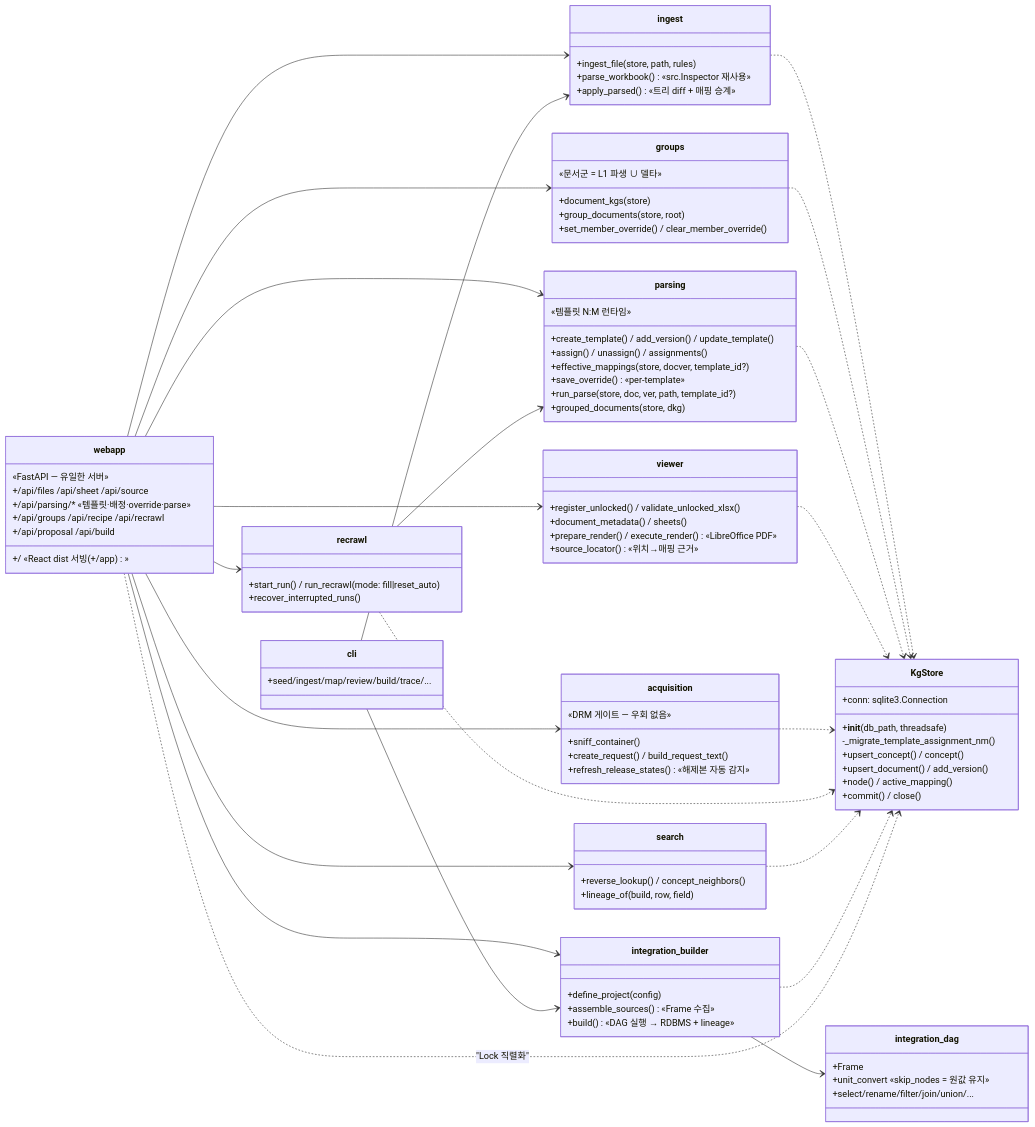
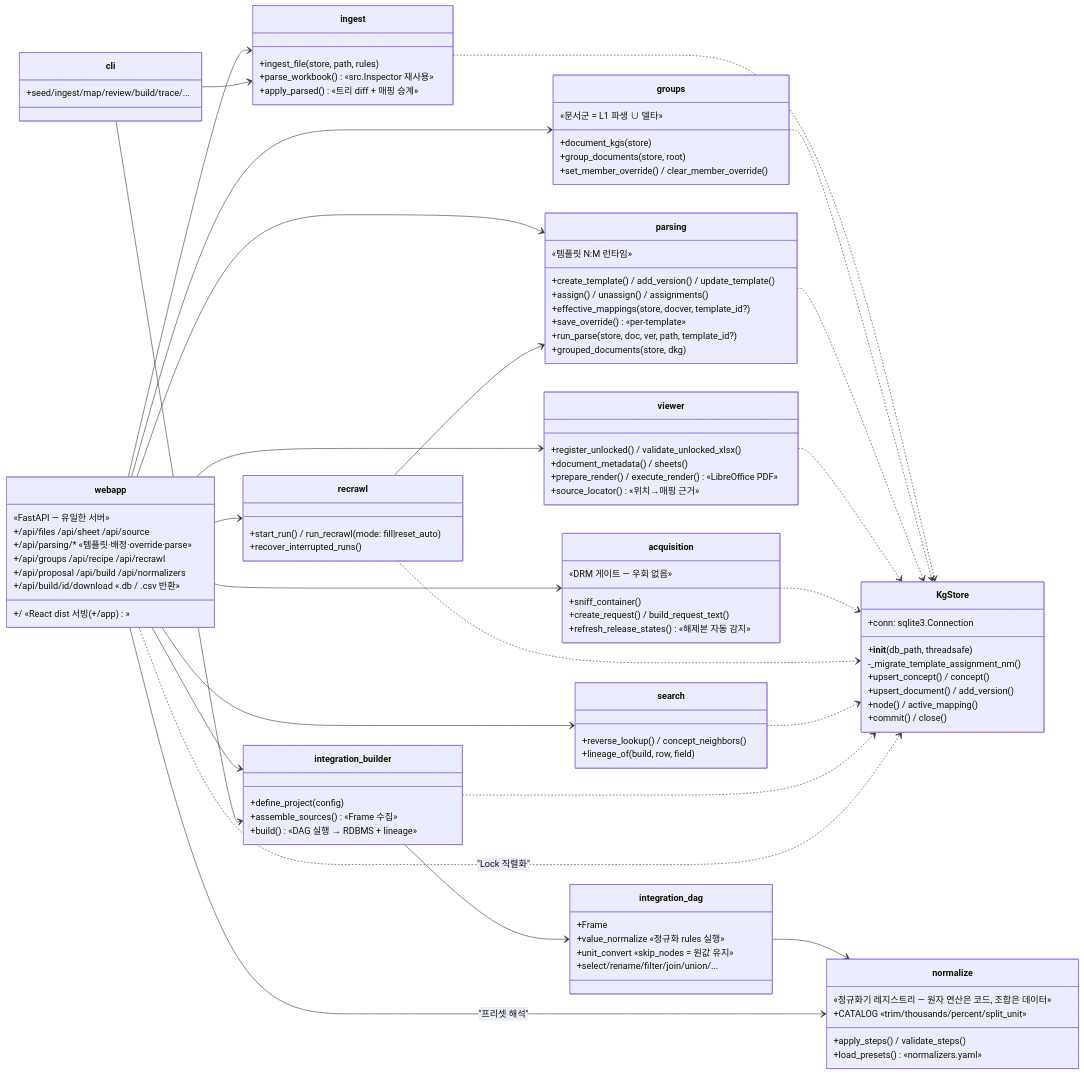
One commit to ujajuck/data_gathering changed the seventh of 15 diagrams in docs/ARCHITECTURE.md. Above: the diagram before and after it, drawn with Mermaid. The commit also changed other lines of this file and 4 other files, not shown here.

First line of the commit message:
문서 갱신 — 정규화 레지스트리·개념 트리·다운로드 구조 반영

```diff
--- a/docs/ARCHITECTURE.md
+++ b/docs/ARCHITECTURE.md
@@ -402,15 +402,23 @@
     }
     class integration_dag {
         +Frame
+        +value_normalize «정규화 rules 실행»
         +unit_convert «skip_nodes = 원값 유지»
         +select/rename/filter/join/union/...
+    }
+    class normalize {
+        «정규화기 레지스트리 — 원자 연산은 코드, 조합은 데이터»
+        +CATALOG «trim/thousands/percent/split_unit»
+        +apply_steps() / validate_steps()
+        +load_presets() «normalizers.yaml»
     }
     class webapp {
         «FastAPI — 유일한 서버»
         +/api/files /api/sheet /api/source
         +/api/parsing/* «템플릿·배정·override·parse»
         +/api/groups /api/recipe /api/recrawl
-        +/api/proposal /api/build
+        +/api/proposal /api/build /api/normalizers
+        +/api/build/id/download «.db / .csv 반환»
         +/ «React dist 서빙 (+/app)»
     }
     class cli {
@@ -428,6 +436,8 @@
     cli --> ingest
     cli --> integration_builder
     integration_builder --> integration_dag
+    integration_dag --> normalize
+    webapp --> normalize : "프리셋 해석"
     recrawl --> parsing
     ingest ..> KgStore
     groups ..> KgStore
```
